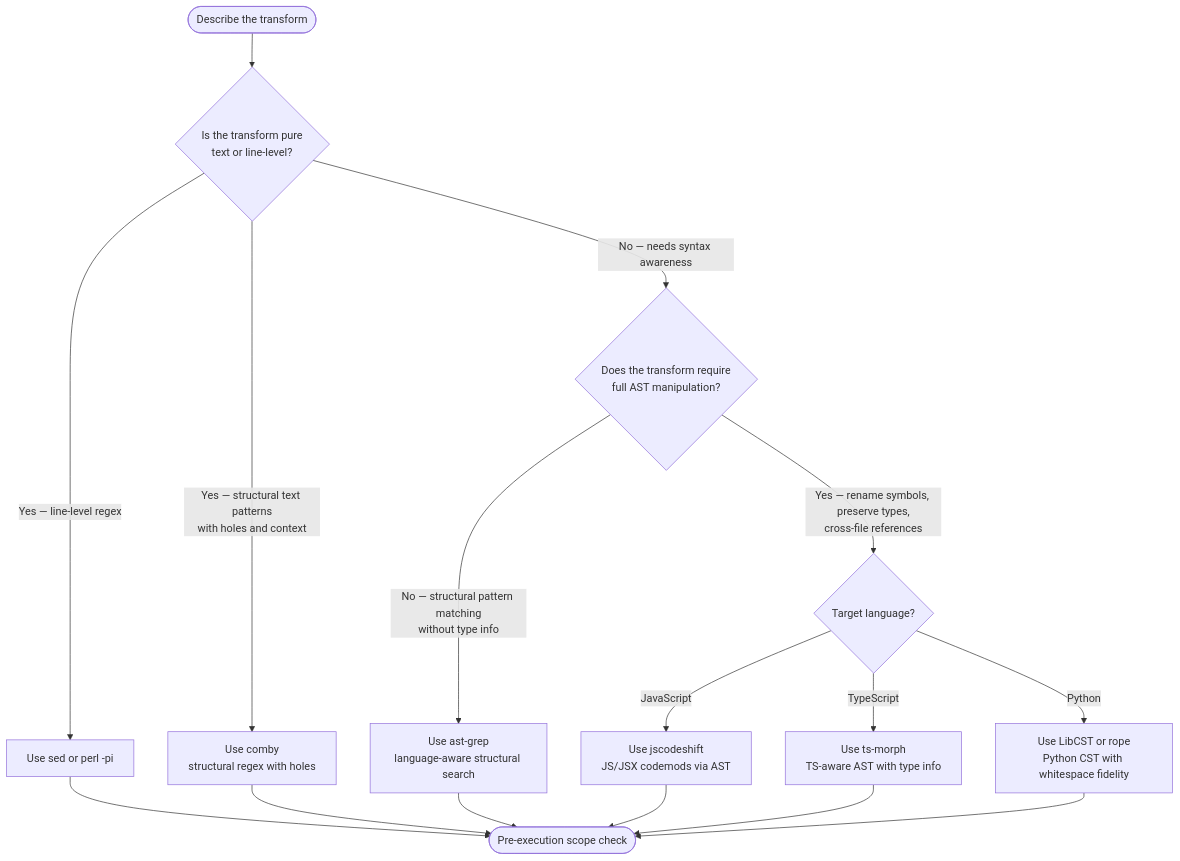
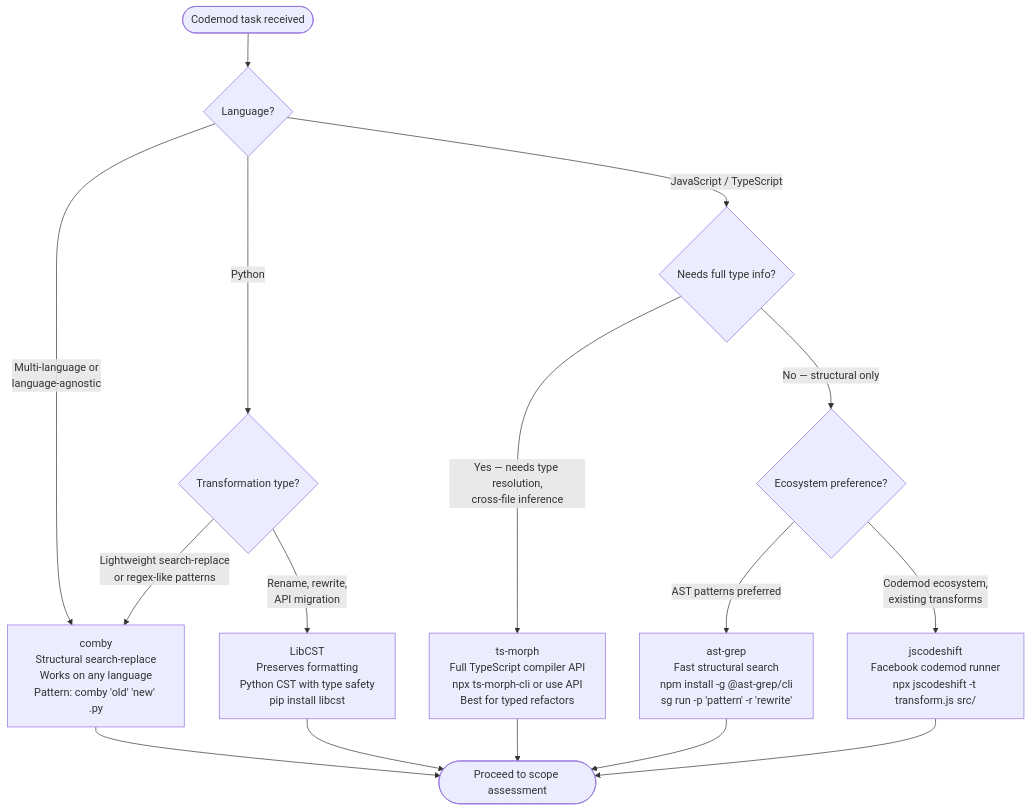
One commit to chgreer1070/claude_skills changed the diagram in plugins/development-harness/skills/codemod-runner/SKILL.md. Above: the diagram before and after it, drawn with Mermaid. The commit also changed other lines of this file and 1 other file, not shown here.

Commit message:
feat(development-harness): add codemod-runner skill to plugin for distribution (#2386)

````diff
--- a/plugins/development-harness/skills/codemod-runner/SKILL.md
+++ b/plugins/development-harness/skills/codemod-runner/SKILL.md
@@ -12,19 +15,19 @@
 ```mermaid
 flowchart TD
-    Start([Describe the transform]) --> Q1{Is the transform pure<br>text or line-level?}
-    Q1 -->|Yes — line-level regex| Sed[Use sed or perl -pi]
-    Q1 -->|Yes — structural text patterns<br>with holes and context| Comby[Use comby<br>structural regex with holes]
-    Q1 -->|No — needs syntax awareness| Q2{Does the transform require<br>full AST manipulation?}
-    Q2 -->|No — structural pattern matching<br>without type info| AstGrep[Use ast-grep<br>language-aware structural search]
-    Q2 -->|Yes — rename symbols, preserve types,<br>cross-file references| Q3{Target language?}
-    Q3 -->|JavaScript| Jscodeshift[Use jscodeshift<br>JS/JSX codemods via AST]
-    Q3 -->|TypeScript| TsMorph[Use ts-morph<br>TS-aware AST with type info]
-    Q3 -->|Python| LibCST[Use LibCST or rope<br>Python CST with whitespace fidelity]
-    Sed --> Scope
+    Start([Codemod task received]) --> Q1{Language?}
+    Q1 -->|Python| Q2{Transformation type?}
+    Q1 -->|JavaScript / TypeScript| Q3{Needs full type info?}
+    Q1 -->|Multi-language or<br>language-agnostic| Comby["comby<br>Structural search-replace<br>Works on any language<br>Pattern: comby 'old' 'new' .py"]
+    Q2 -->|Rename, rewrite,<br>API migration| LibCST["LibCST<br>Preserves formatting<br>Python CST with type safety<br>pip install libcst"]
+    Q2 -->|Lightweight search-replace<br>or regex-like patterns| Comby
+    Q3 -->|Yes — needs type resolution,<br>cross-file inference| TSMorph["ts-morph<br>Full TypeScript compiler API<br>npx ts-morph-cli or use API<br>Best for typed refactors"]
+    Q3 -->|No — structural only| Q4{Ecosystem preference?}
+    Q4 -->|AST patterns preferred| AstGrep["ast-grep<br>Fast structural search<br>npm install -g @ast-grep/cli<br>sg run -p 'pattern' -r 'rewrite'"]
+    Q4 -->|Codemod ecosystem,<br>existing transforms| JSCodeshift["jscodeshift<br>Facebook codemod runner<br>npx jscodeshift -t transform.js src/"]
     Comby --> Scope
+    LibCST --> Scope
+    TSMorph --> Scope
     AstGrep --> Scope
-    Jscodeshift --> Scope
-    TsMorph --> Scope
-    LibCST --> Scope
-    Scope([Pre-execution scope check])
+    JSCodeshift --> Scope
+    Scope([Proceed to scope assessment])
 ```
````
